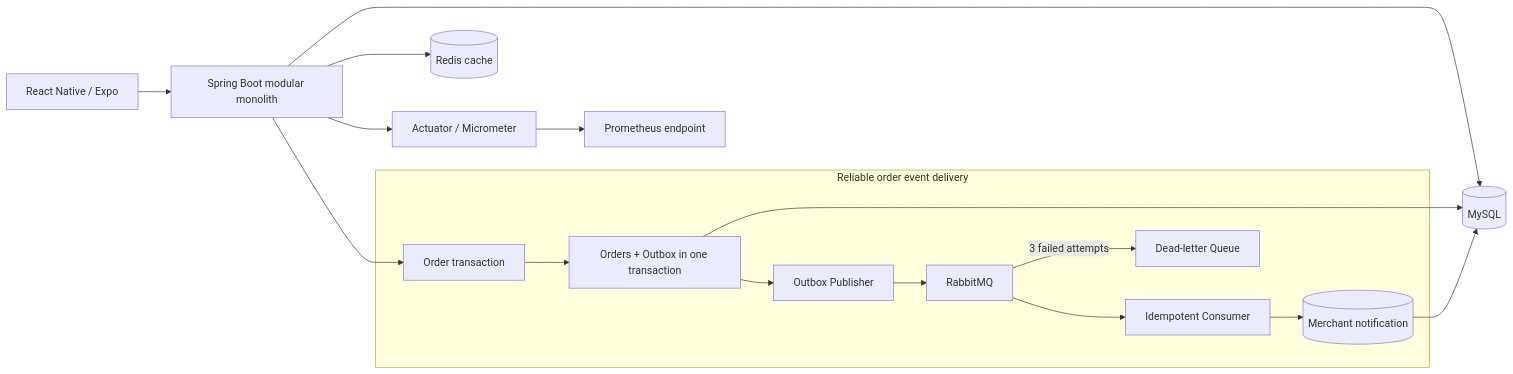
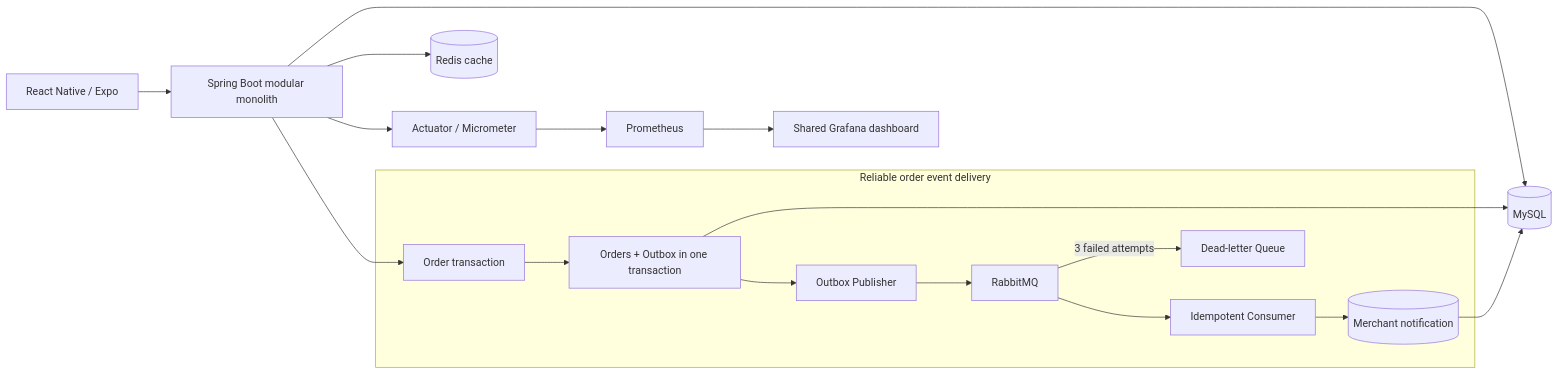
One commit to Xinhong029/scalable-food-marketplace-backend changed the diagram in README.md. Above: the diagram before and after it, drawn with Mermaid. The commit also changed other lines of this file and 13 other files, not shown here.

Commit message:
feat: add shared backend latency dashboard

````diff
--- a/README.md
+++ b/README.md
@@ -9,21 +9,22 @@
 ```mermaid
 flowchart LR
     Mobile[React Native / Expo] --> API[Spring Boot modular monolith]
     API --> MySQL[(MySQL)]
     API --> Redis[(Redis cache)]
 
     subgraph Reliable order event delivery
         Order[Order transaction] --> DBWrite[Orders + Outbox in one transaction]
         DBWrite --> Publisher[Outbox Publisher]
         Publisher --> Rabbit[RabbitMQ]
         Rabbit --> Consumer[Idempotent Consumer]
         Consumer --> Notification[(Merchant notification)]
         Rabbit -->|3 failed attempts| DLQ[Dead-letter Queue]
     end
 
     API --> Order
     DBWrite --> MySQL
     Notification --> MySQL
-    Actuator[Actuator / Micrometer] --> Prometheus[Prometheus endpoint]
+    Actuator[Actuator / Micrometer] --> Prometheus[Prometheus]
+    Prometheus --> Grafana[Shared Grafana dashboard]
     API --> Actuator
 ```
````
